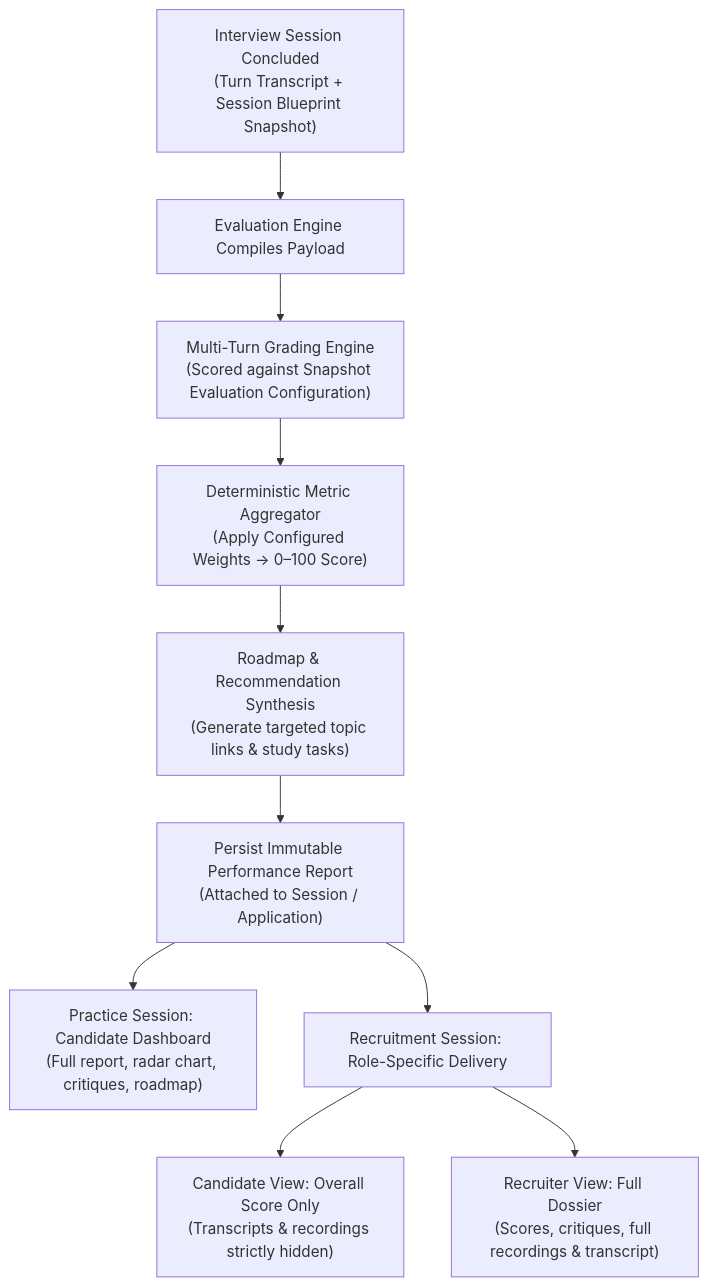
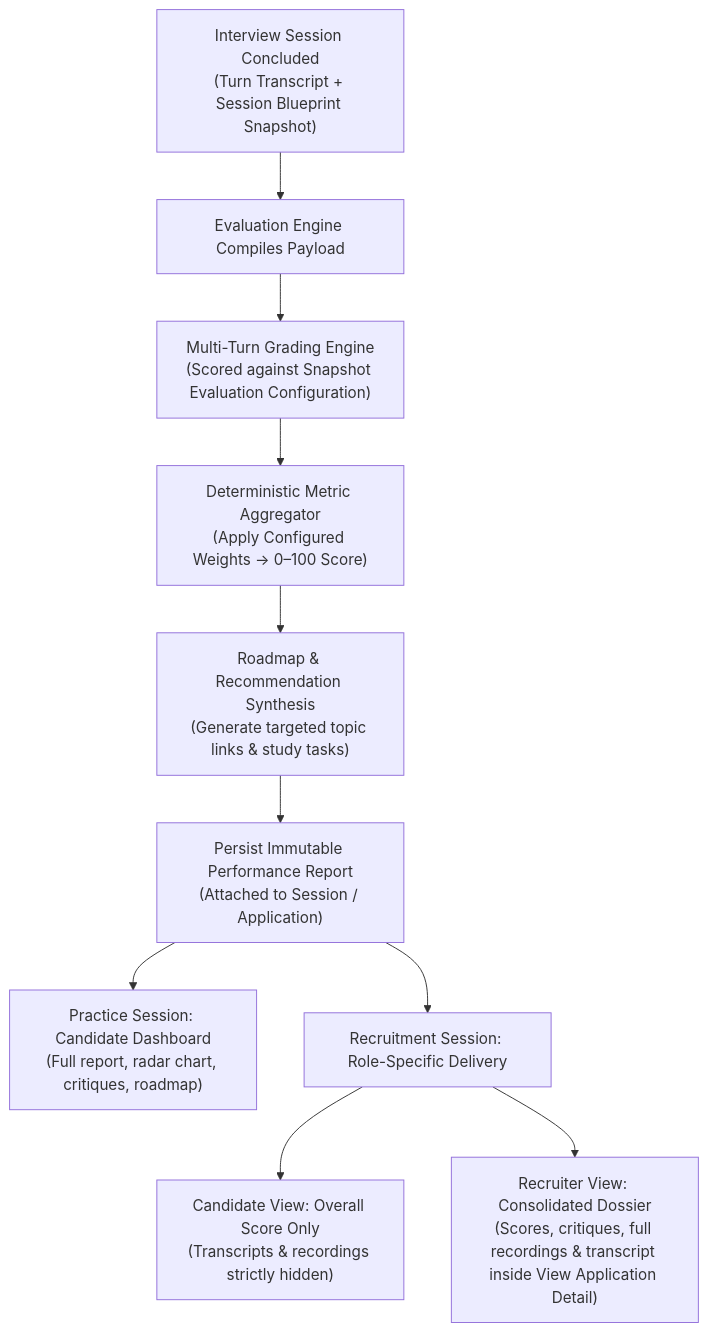
The diagram in 01_Domains/Evaluation/README.md (cog-forge/role-cue-brain), drawn with Mermaid before and after one commit. The commit also changed other lines of this file and 16 other files, not shown here.

````diff
--- a/01_Domains/Evaluation/README.md
+++ b/01_Domains/Evaluation/README.md
@@ -67,13 +67,13 @@
 ```mermaid
 flowchart TD
     A["Interview Session Concluded<br/>(Turn Transcript + Session Blueprint Snapshot)"] --> B["Evaluation Engine Compiles Payload"]
     B --> C["Multi-Turn Grading Engine<br/>(Scored against Snapshot Evaluation Configuration)"]
     D --> E["Roadmap & Recommendation Synthesis<br/>(Generate targeted topic links & study tasks)"]
     C --> D["Deterministic Metric Aggregator<br/>(Apply Configured Weights -> 0–100 Score)"]
     E --> F["Persist Immutable Performance Report<br/>(Attached to Session / Application)"]
     
     F --> G1["Practice Session: Candidate Dashboard<br/>(Full report, radar chart, critiques, roadmap)"]
     F --> G2["Recruitment Session: Role-Specific Delivery"]
     G2 --> H1["Candidate View: Overall Score Only<br/>(Transcripts & recordings strictly hidden)"]
-    G2 --> H2["Recruiter View: Full Dossier<br/>(Scores, critiques, full recordings & transcript)"]
+    G2 --> H2["Recruiter View: Consolidated Dossier<br/>(Scores, critiques, full recordings & transcript inside View Application Detail)"]
 ```
````
